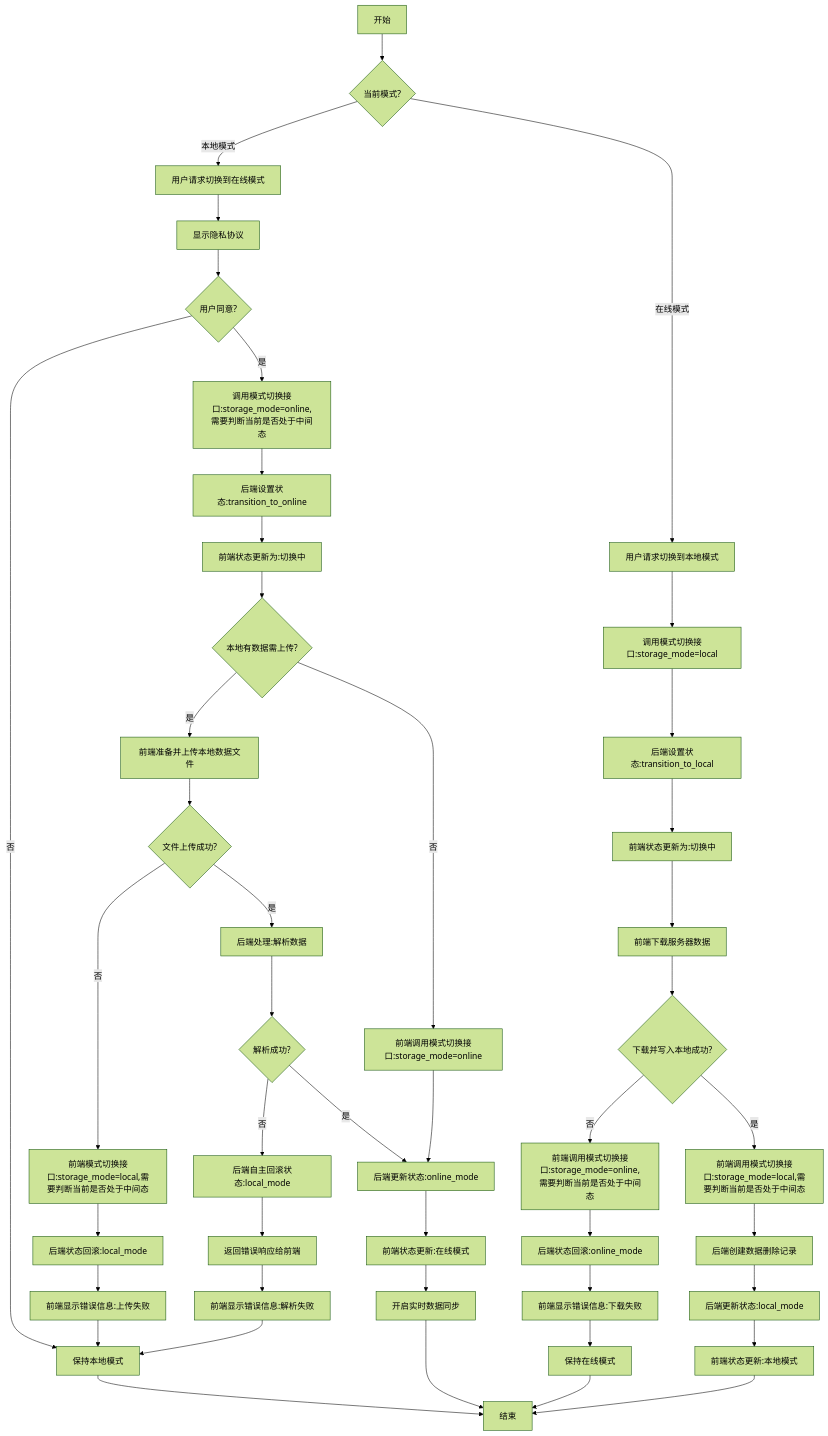
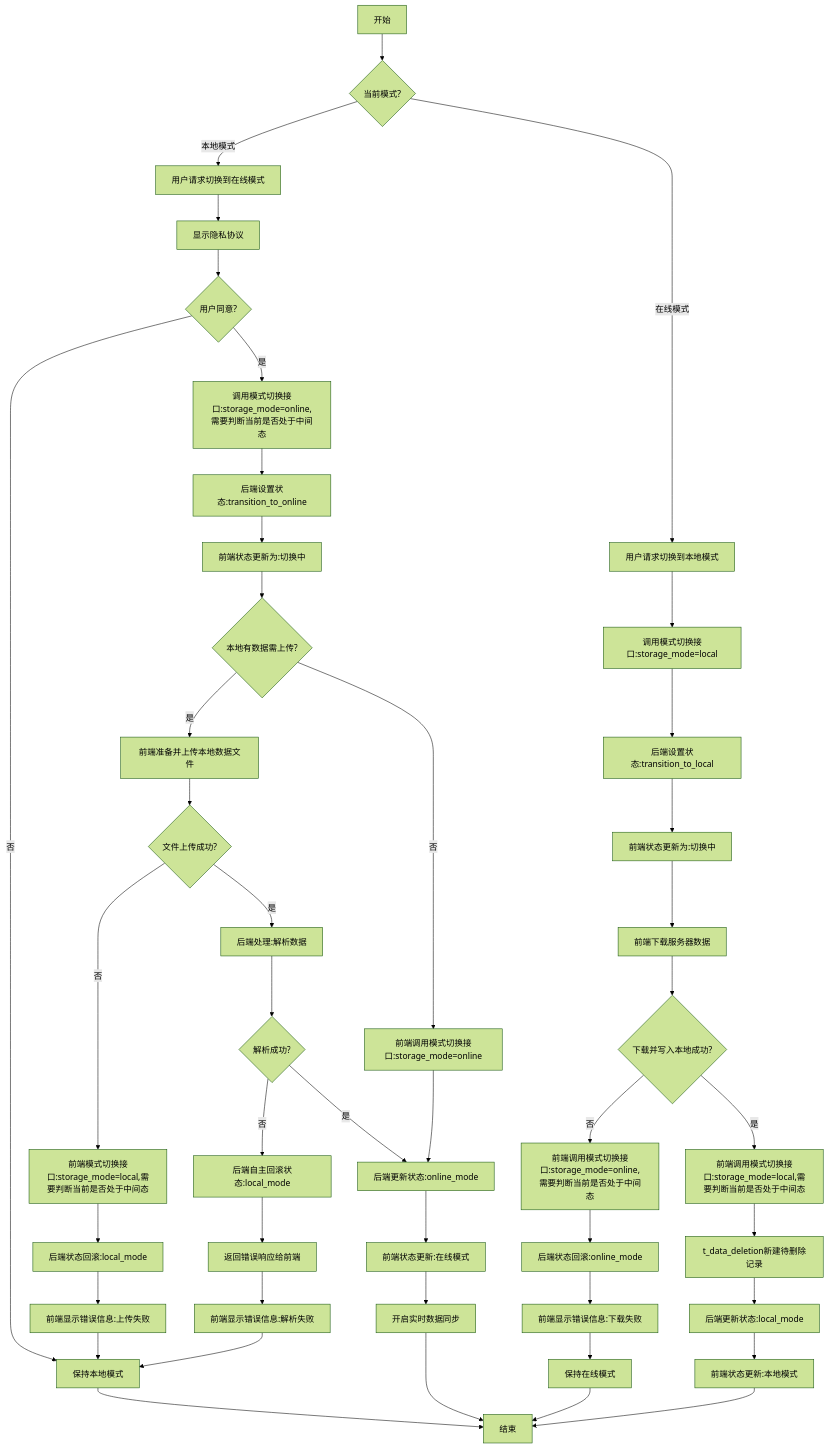
Before and after one commit to yingjianzh/iodraw-files: the diagram in all/未命名-58.md, drawn with Mermaid (forest theme).

Commit message:
2025-05-14 10:48:48 update

````diff
--- a/all/未命名-58.md
+++ b/all/未命名-58.md
@@ -1,68 +1,68 @@
 ```mermaid
 flowchart TD
     A[开始] --> B{当前模式?}
     
     %% 本地模式转在线模式
     B -->|本地模式| C[用户请求切换到在线模式]
     C --> D[显示隐私协议]
     D --> E{用户同意?}
 
     E -->|否| F[保持本地模式]
     F --> Z[结束]
     
     E -->|是| G[调用模式切换接口:storage_mode=online,需要判断当前是否处于中间态]
     G --> H[后端设置状态:transition_to_online]
     H --> I[前端状态更新为:切换中]
     
     I --> J{本地有数据需上传?}
     
     %% 有本地数据需上传的情况
     J -->|是| K[前端准备并上传本地数据文件]
     K --> L{文件上传成功?}
     
     %% 上传失败的情况
     L -->|否| M[前端模式切换接口:storage_mode=local,需要判断当前是否处于中间态]
     M --> N[后端状态回滚:local_mode]
     N --> O[前端显示错误信息:上传失败]
     O --> F
     
     %% 上传成功但解析失败的情况
     L -->|是| P[后端处理:解析数据]
     P --> Q{解析成功?}
     Q -->|否| R[后端自主回滚状态:local_mode]
     R --> S[返回错误响应给前端]
     S --> T[前端显示错误信息:解析失败]
     T --> F
     
     %% 全部成功的情况
     Q -->|是| U[后端更新状态:online_mode]
     J -->|否| V[前端调用模式切换接口:storage_mode=online]
     V --> U
     
     U --> W[前端状态更新:在线模式]
     W --> X[开启实时数据同步]
     X --> Z
     
     %% 在线模式转本地模式
     B -->|在线模式| AA[用户请求切换到本地模式]
     AA --> AB[调用模式切换接口:storage_mode=local]
     AB --> AC[后端设置状态:transition_to_local]
     AC --> AD[前端状态更新为:切换中]
     
     AD --> AE[前端下载服务器数据]
     AE --> AF{下载并写入本地成功?}
     
     %% 下载失败的情况
     AF -->|否| AG[前端调用模式切换接口:storage_mode=online,需要判断当前是否处于中间态]
     AG --> AH[后端状态回滚:online_mode]
     AH --> AI[前端显示错误信息:下载失败]
     AI --> AJ[保持在线模式]
     AJ --> Z
     
     %% 下载成功的情况
     AF -->|是| AK[前端调用模式切换接口:storage_mode=local,需要判断当前是否处于中间态]
-    AK --> AL[后端创建数据删除记录]
+    AK --> AL[t_data_deletion新建待删除记录]
     AL --> AM[后端更新状态:local_mode]
     AM --> AN[前端状态更新:本地模式]
     AN --> Z
 ```
````
